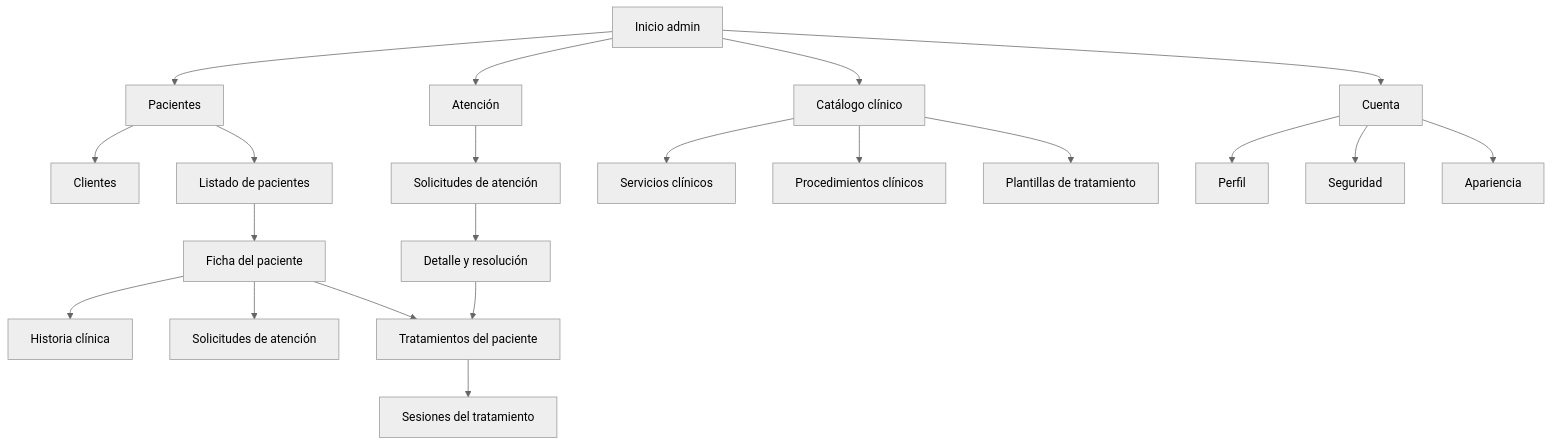
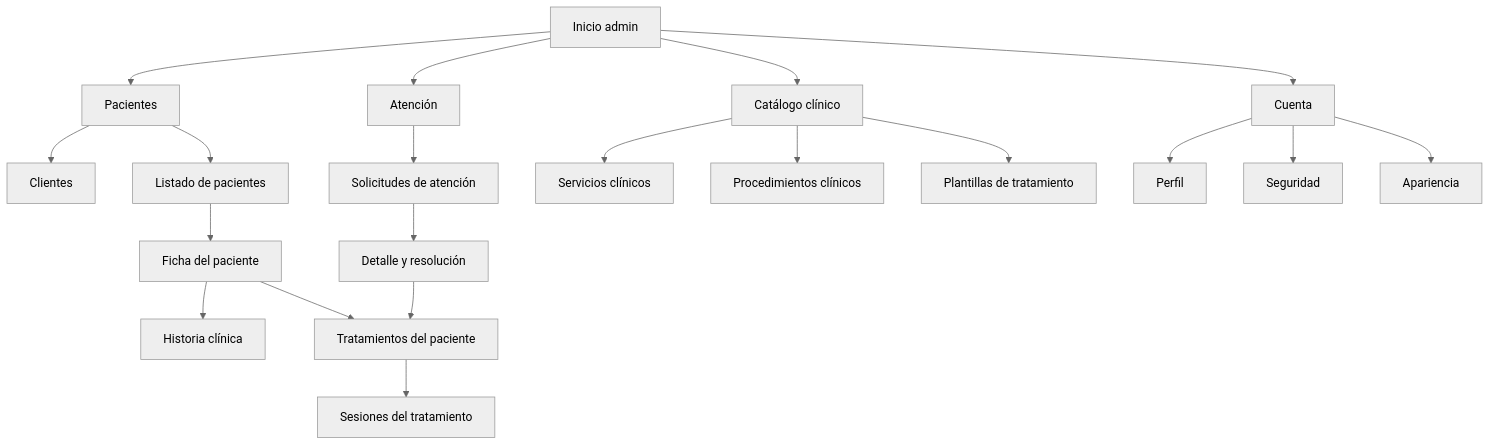
The first of 6 diagrams in features/UX-00-panel-redesign-spec.md (LisandroBaldoma/VetZen), drawn with Mermaid (neutral theme) before and after one commit. The commit also changed other lines of this file and 4 other files, not shown here.

````diff
--- a/features/UX-00-panel-redesign-spec.md
+++ b/features/UX-00-panel-redesign-spec.md
@@ -134,23 +134,22 @@
 ```mermaid
 flowchart TD
     A[Inicio admin] --> P[Pacientes]
     P --> C[Clientes]
     P --> L[Listado de pacientes]
     L --> F[Ficha del paciente]
     F --> HC[Historia clínica]
-    F --> SA[Solicitudes de atención]
     F --> TP[Tratamientos del paciente]
     TP --> ST[Sesiones del tratamiento]
     A --> AT[Atención]
     AT --> SR[Solicitudes de atención]
     SR --> RD[Detalle y resolución]
     RD --> TP
     A --> CC[Catálogo clínico]
     CC --> SE[Servicios clínicos]
     CC --> PR[Procedimientos clínicos]
     CC --> PT[Plantillas de tratamiento]
     A --> CU[Cuenta]
     CU --> PF[Perfil]
     CU --> SG[Seguridad]
     CU --> AP[Apariencia]
 ```
````
